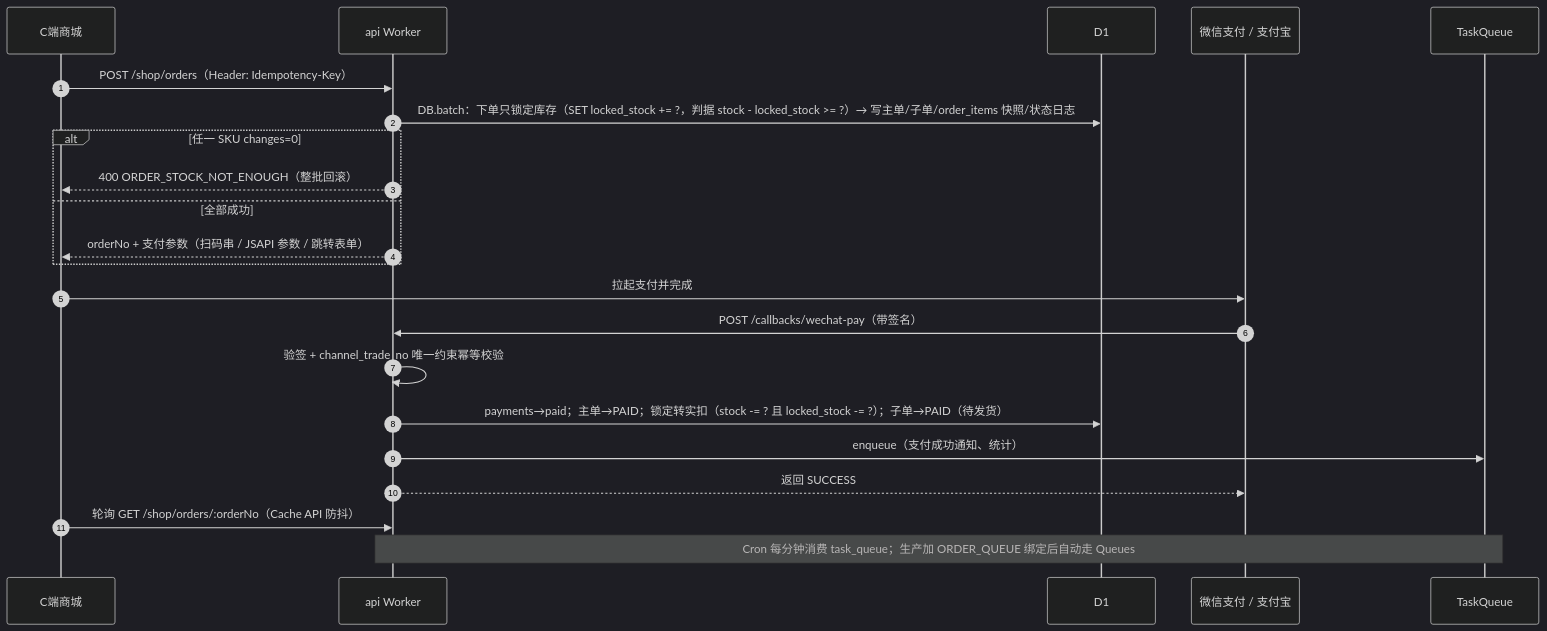
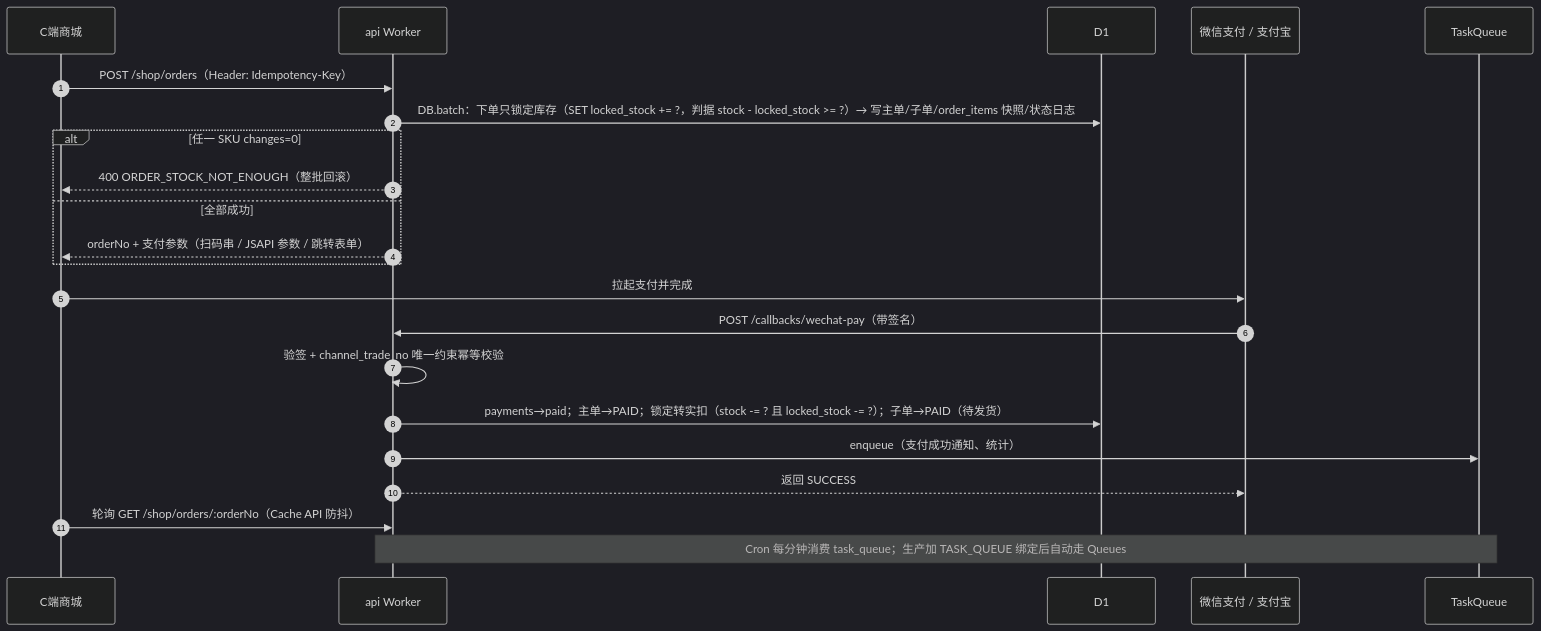
One commit to naka507/DShop changed the first of 2 diagrams in docs/08-核心业务流程.md. Above: the diagram before and after it, drawn with Mermaid (dark theme). The commit also changed other lines of this file and 229 other files, not shown here.

````diff
--- a/docs/08-核心业务流程.md
+++ b/docs/08-核心业务流程.md
@@ -20,25 +20,25 @@
 ```mermaid
 sequenceDiagram
   autonumber
   participant C as C端商城
   participant A as api Worker
   participant D as D1
   participant P as 微信支付 / 支付宝
   participant Q as TaskQueue
 
   C->>A: POST /shop/orders（Header: Idempotency-Key）
   A->>D: DB.batch：下单只锁定库存（SET locked_stock += ?，判据 stock - locked_stock >= ?）→ 写主单/子单/order_items 快照/状态日志
   alt 任一 SKU changes=0
     A-->>C: 400 ORDER_STOCK_NOT_ENOUGH（整批回滚）
   else 全部成功
     A-->>C: orderNo + 支付参数（扫码串 / JSAPI 参数 / 跳转表单）
   end
   C->>P: 拉起支付并完成
   P->>A: POST /callbacks/wechat-pay（带签名）
   A->>A: 验签 + channel_trade_no 唯一约束幂等校验
   A->>D: payments→paid；主单→PAID；锁定转实扣（stock -= ? 且 locked_stock -= ?）；子单→PAID（待发货）
   A->>Q: enqueue（支付成功通知、统计）
   A-->>P: 返回 SUCCESS
   C->>A: 轮询 GET /shop/orders/:orderNo（Cache API 防抖）
-  Note over A,Q: Cron 每分钟消费 task_queue；生产加 ORDER_QUEUE 绑定后自动走 Queues
+  Note over A,Q: Cron 每分钟消费 task_queue；生产加 TASK_QUEUE 绑定后自动走 Queues
 ```
````
